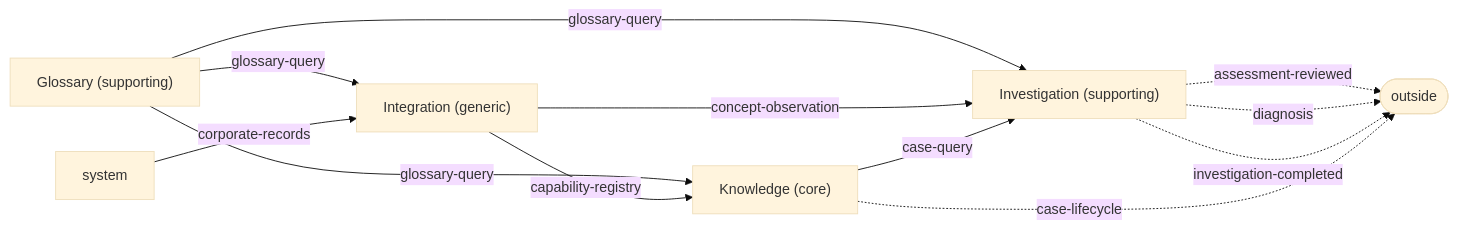
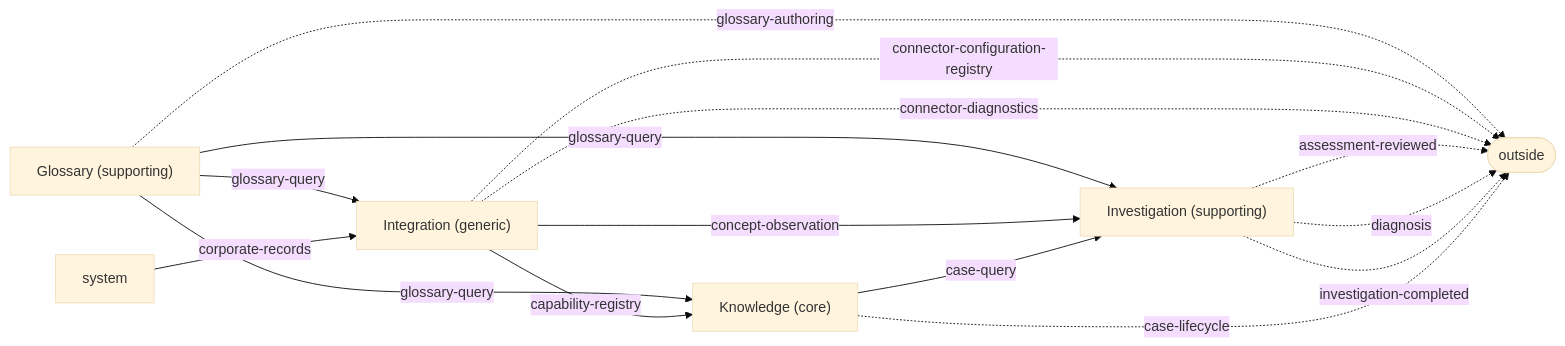
The diagram in knowledge/projections/context-map.mmd (zig999/servicedesk), drawn with Mermaid (base theme) before and after one commit. The commit also changed 15 other files, not shown here.

First line of the commit message:
analyse: authoring surface for concept, capability and connector configuration

```diff
--- a/knowledge/projections/context-map.mmd
+++ b/knowledge/projections/context-map.mmd
@@ -1,17 +1,20 @@
 flowchart LR
     glossary["Glossary (supporting)"]
     integration["Integration (generic)"]
     investigation["Investigation (supporting)"]
     knowledge["Knowledge (core)"]
     glossary -->|glossary-query| integration
     glossary -->|glossary-query| investigation
     glossary -->|glossary-query| knowledge
     integration -->|concept-observation| investigation
     integration -->|capability-registry| knowledge
     knowledge -->|case-query| investigation
     system -->|corporate-records| integration
     outside(["outside"])
+    glossary -.->|glossary-authoring| outside
+    integration -.->|connector-configuration-registry| outside
+    integration -.->|connector-diagnostics| outside
     investigation -.->|assessment-reviewed| outside
     investigation -.->|diagnosis| outside
     investigation -.->|investigation-completed| outside
     knowledge -.->|case-lifecycle| outside
```
